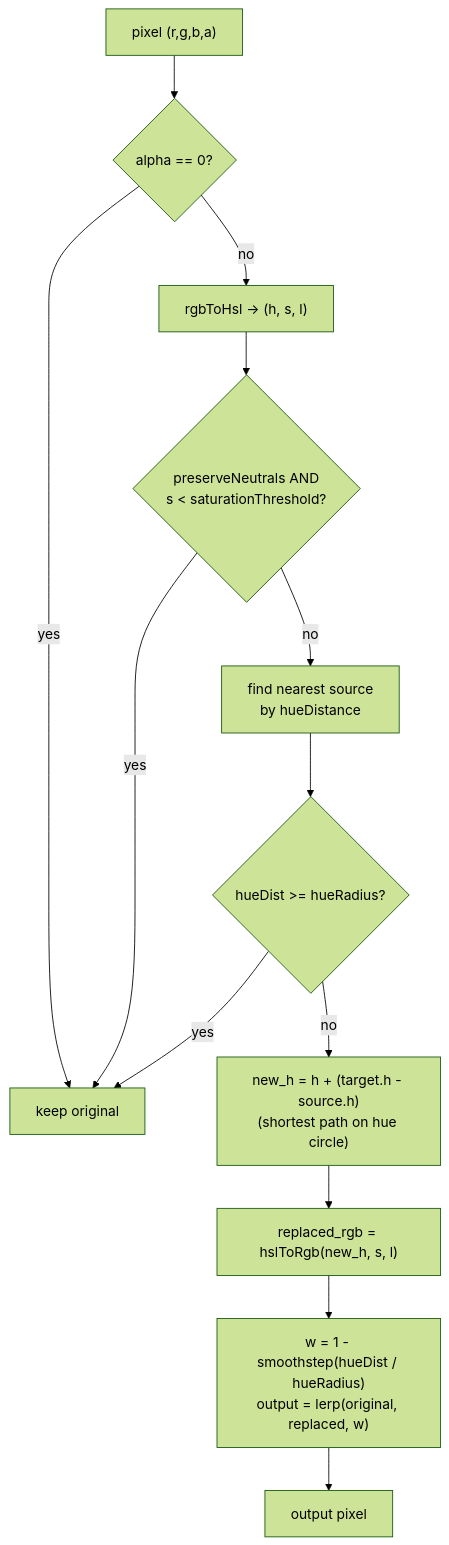
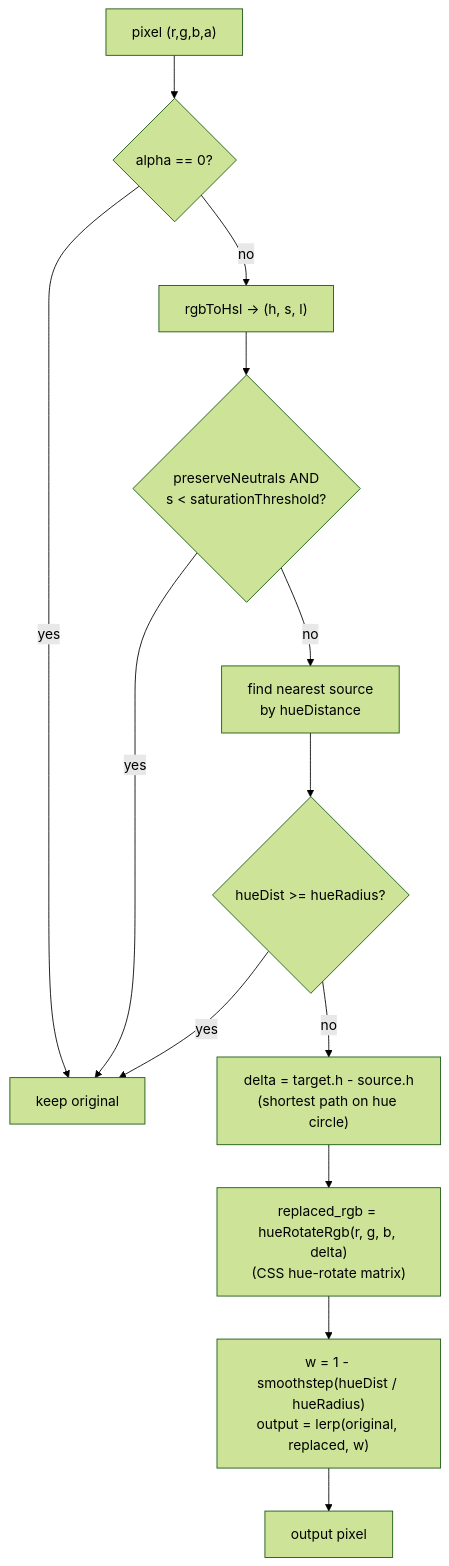
Before and after one commit to cp3hnu/change-images-theme: the diagram in README.md, drawn with Mermaid (forest theme). The commit also changed other lines of this file and 3 other files, not shown here.

Commit message:
hsl + hue-rotate

````diff
--- a/README.md
+++ b/README.md
@@ -124,15 +124,15 @@
 ```mermaid
 flowchart TD
   P["pixel (r,g,b,a)"] --> A{"alpha == 0?"}
   A -->|yes| Keep[keep original]
   A -->|no| H["rgbToHsl -> (h, s, l)"]
   H --> N{"preserveNeutrals AND<br/>s < saturationThreshold?"}
   N -->|yes| Keep
   N -->|no| F["find nearest source<br/>by hueDistance"]
   F --> R{"hueDist >= hueRadius?"}
   R -->|yes| Keep
-  R -->|no| Rot["new_h = h + (target.h - source.h)<br/>(shortest path on hue circle)"]
-  Rot --> Back["replaced_rgb = hslToRgb(new_h, s, l)"]
+  R -->|no| Rot["delta = target.h - source.h<br/>(shortest path on hue circle)"]
+  Rot --> Back["replaced_rgb = hueRotateRgb(r, g, b, delta)<br/>(CSS hue-rotate matrix)"]
   Back --> Blend["w = 1 - smoothstep(hueDist / hueRadius)<br/>output = lerp(original, replaced, w)"]
   Blend --> Out[output pixel]
 ```
````
